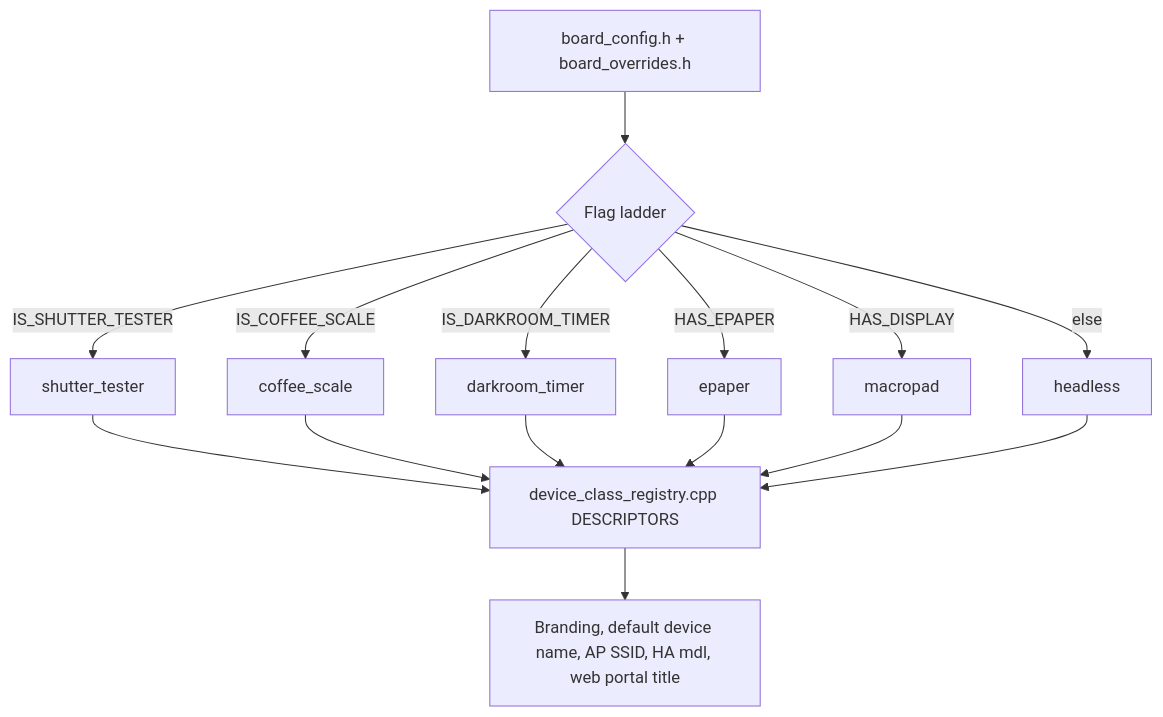
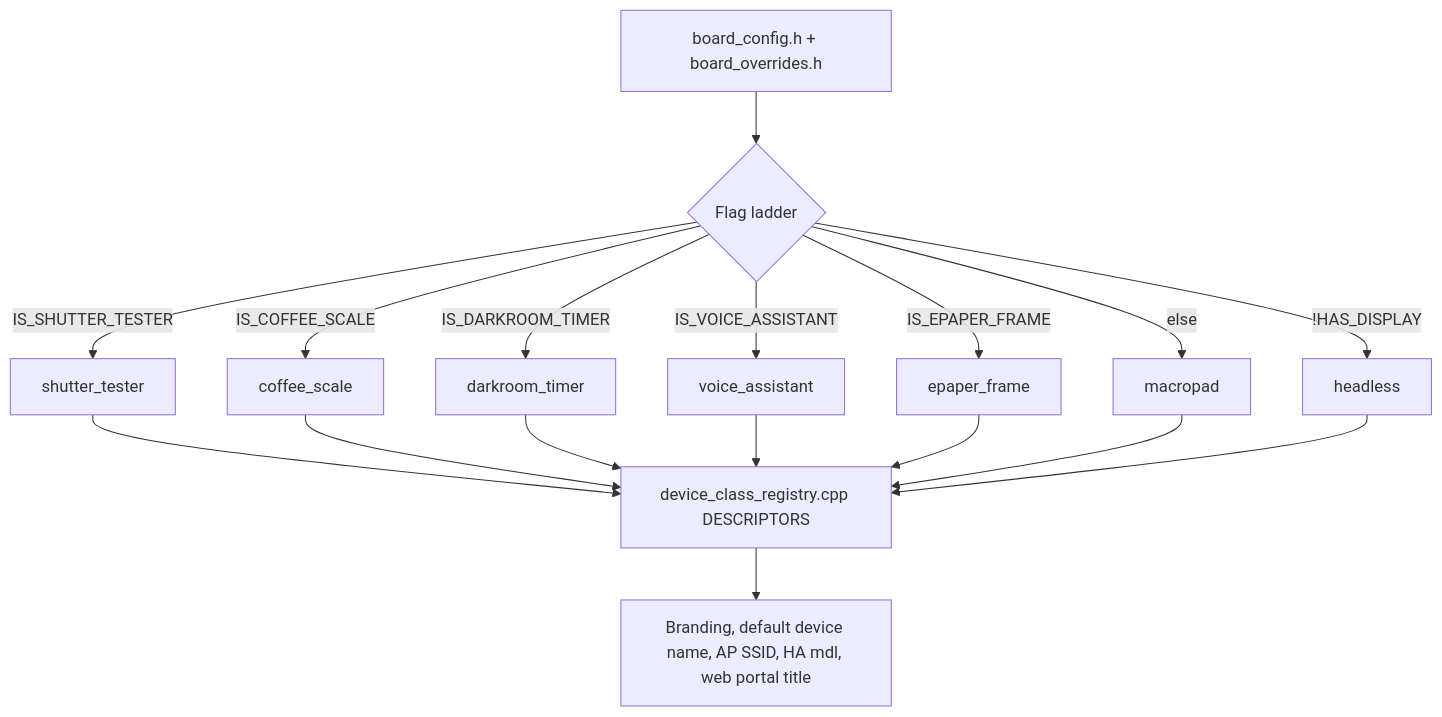
Before and after one commit to jantielens/esp32-macropad: the diagram in docs/device-classes/README.md, drawn with Mermaid. The commit also changed other lines of this file and 183 other files, not shown here.

First line of the commit message:
refactor(epaper): separate frame and interactive e-paper

````diff
--- a/docs/device-classes/README.md
+++ b/docs/device-classes/README.md
@@ -17,12 +17,13 @@
 ```mermaid
 flowchart TD
     Board[board_config.h + board_overrides.h] --> Flags{Flag ladder}
     Flags -->|IS_SHUTTER_TESTER| Shutter[shutter_tester]
     Flags -->|IS_COFFEE_SCALE| Coffee[coffee_scale]
     Flags -->|IS_DARKROOM_TIMER| Darkroom[darkroom_timer]
-    Flags -->|HAS_EPAPER| EPaper[epaper]
-    Flags -->|HAS_DISPLAY| Macropad[macropad]
-    Flags -->|else| Headless[headless]
-    Shutter & Coffee & Darkroom & EPaper & Macropad & Headless --> Reg[device_class_registry.cpp DESCRIPTORS]
+    Flags -->|IS_VOICE_ASSISTANT| Voice[voice_assistant]
+    Flags -->|IS_EPAPER_FRAME| EPaperFrame[epaper_frame]
+    Flags -->|!HAS_DISPLAY| Headless[headless]
+    Flags -->|else| Macropad[macropad]
+    Shutter & Coffee & Darkroom & Voice & EPaperFrame & Macropad & Headless --> Reg[device_class_registry.cpp DESCRIPTORS]
     Reg --> Brand[Branding, default device name, AP SSID, HA mdl, web portal title]
 ```
````
